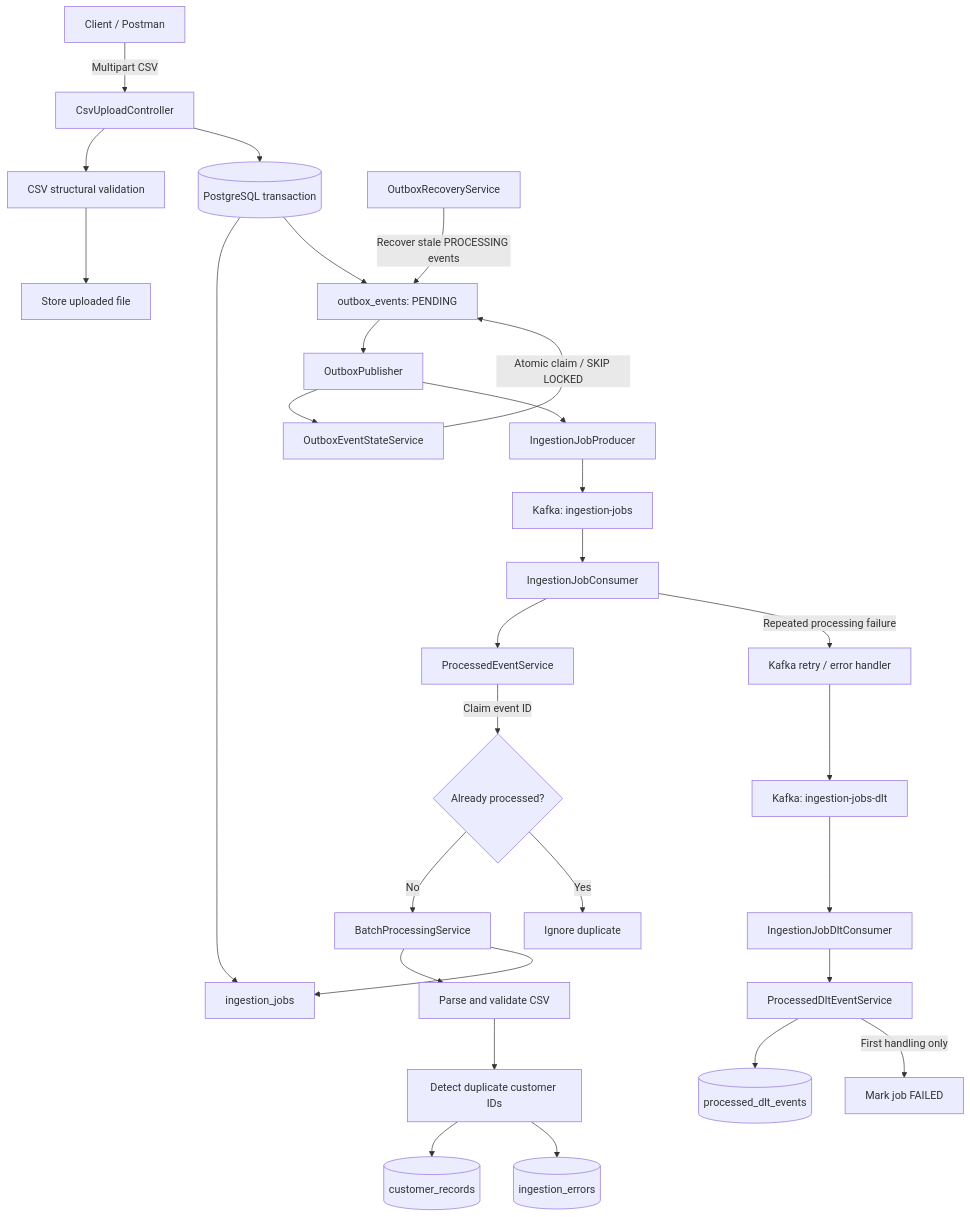
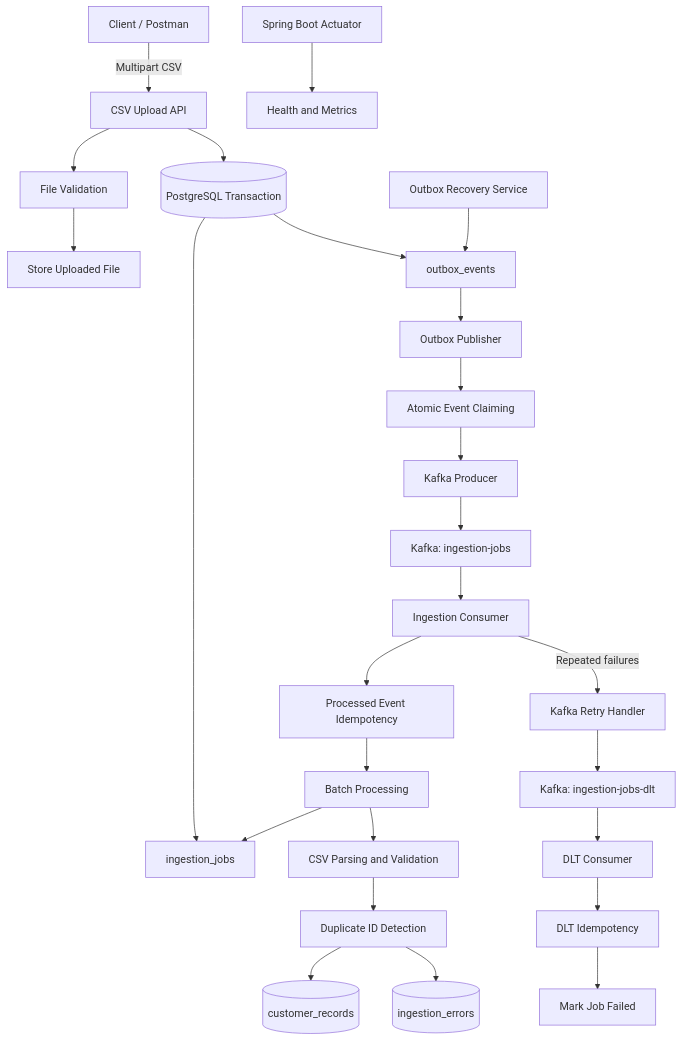
The diagram in README.md (codewithsurya27/distributed-data-platform), drawn with Mermaid before and after one commit. The commit also changed other lines of this file, not shown here.

````diff
--- a/README.md
+++ b/README.md
@@ -55,35 +75,35 @@
 ```mermaid
 flowchart TD
-    A[Client / Postman] -->|Multipart CSV| B[CsvUploadController]
-    B --> C[CSV structural validation]
-    C --> D[Store uploaded file]
-    B --> E[(PostgreSQL transaction)]
-    E --> J[ingestion_jobs]
-    E --> K[outbox_events: PENDING]
+    A[Client / Postman] -->|Multipart CSV| B[CSV Upload API]
+    B --> C[File Validation]
+    C --> D[Store Uploaded File]
+    B --> E[(PostgreSQL Transaction)]
 
-    K --> L[OutboxPublisher]
-    L --> M[OutboxEventStateService]
-    M -->|Atomic claim / SKIP LOCKED| K
-    L --> N[IngestionJobProducer]
-    N --> O[Kafka: ingestion-jobs]
+    E --> F[ingestion_jobs]
+    E --> G[outbox_events]
 
-    O --> P[IngestionJobConsumer]
-    P --> Q[ProcessedEventService]
-    Q -->|Claim event ID| R{Already processed?}
-    R -->|No| S[BatchProcessingService]
-    R -->|Yes| T[Ignore duplicate]
-    S --> U[Parse and validate CSV]
-    U --> V[Detect duplicate customer IDs]
-    V --> W[(customer_records)]
-    V --> X[(ingestion_errors)]
-    S --> J
+    G --> H[Outbox Publisher]
+    H --> I[Atomic Event Claiming]
+    I --> J[Kafka Producer]
+    J --> K[Kafka: ingestion-jobs]
 
-    P -->|Repeated processing failure| Y[Kafka retry / error handler]
-    Y --> Z[Kafka: ingestion-jobs-dlt]
-    Z --> AA[IngestionJobDltConsumer]
-    AA --> AB[ProcessedDltEventService]
-    AB --> AC[(processed_dlt_events)]
-    AB -->|First handling only| AD[Mark job FAILED]
+    K --> L[Ingestion Consumer]
+    L --> M[Processed Event Idempotency]
+    M --> N[Batch Processing]
+    N --> O[CSV Parsing and Validation]
+    O --> P[Duplicate ID Detection]
+    P --> Q[(customer_records)]
+    P --> R[(ingestion_errors)]
 
-    AE[OutboxRecoveryService] -->|Recover stale PROCESSING events| K
+    N --> F
+
+    L -->|Repeated failures| S[Kafka Retry Handler]
+    S --> T[Kafka: ingestion-jobs-dlt]
+    T --> U[DLT Consumer]
+    U --> V[DLT Idempotency]
+    V --> W[Mark Job Failed]
+
+    X[Outbox Recovery Service] --> G
+
+    Y[Spring Boot Actuator] --> Z[Health and Metrics]
 ```
````
